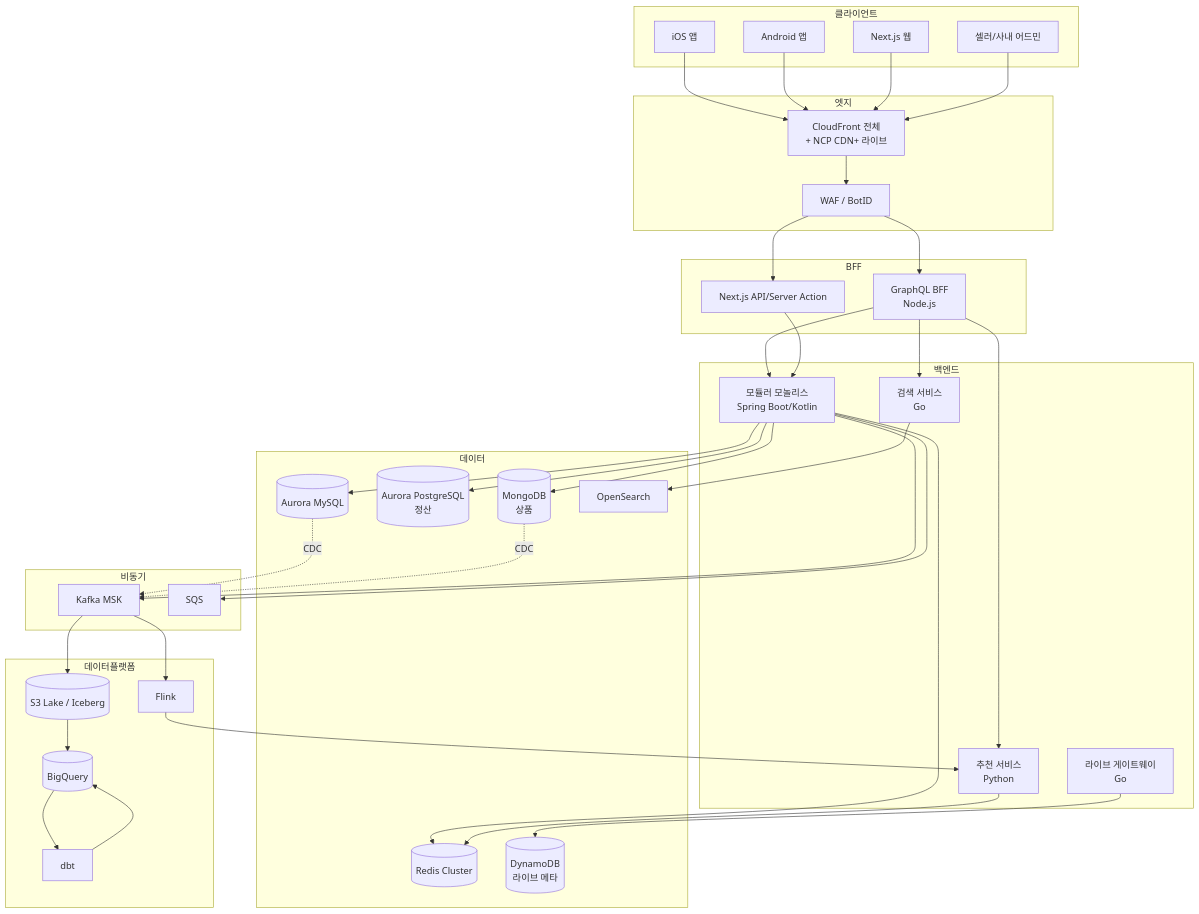
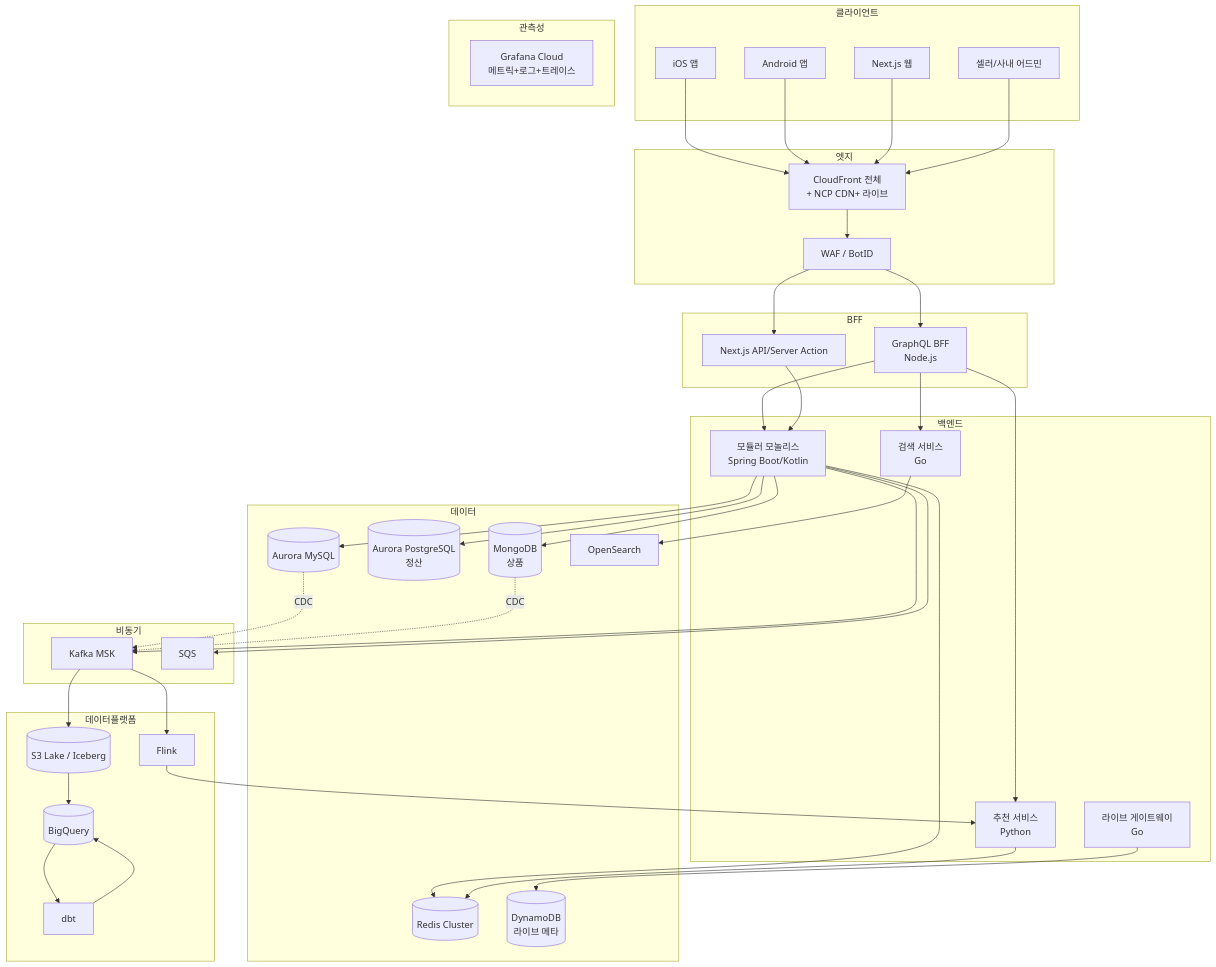
The second of 4 diagrams in manuscript/08-종합-케이스-스터디/README.md (ximhear/architect-book), drawn with Mermaid before and after one commit. The commit also changed other lines of this file and 9 other files, not shown here.

```diff
--- a/manuscript/08-종합-케이스-스터디/README.md
+++ b/manuscript/08-종합-케이스-스터디/README.md
@@ -110,6 +110,10 @@
         DBT[dbt]
     end
 
+    subgraph 관측성
+        GC[Grafana Cloud<br/>메트릭+로그+트레이스]
+    end
+
     APP_iOS --> CDN
     APP_AOS --> CDN
     WEB --> CDN
```
